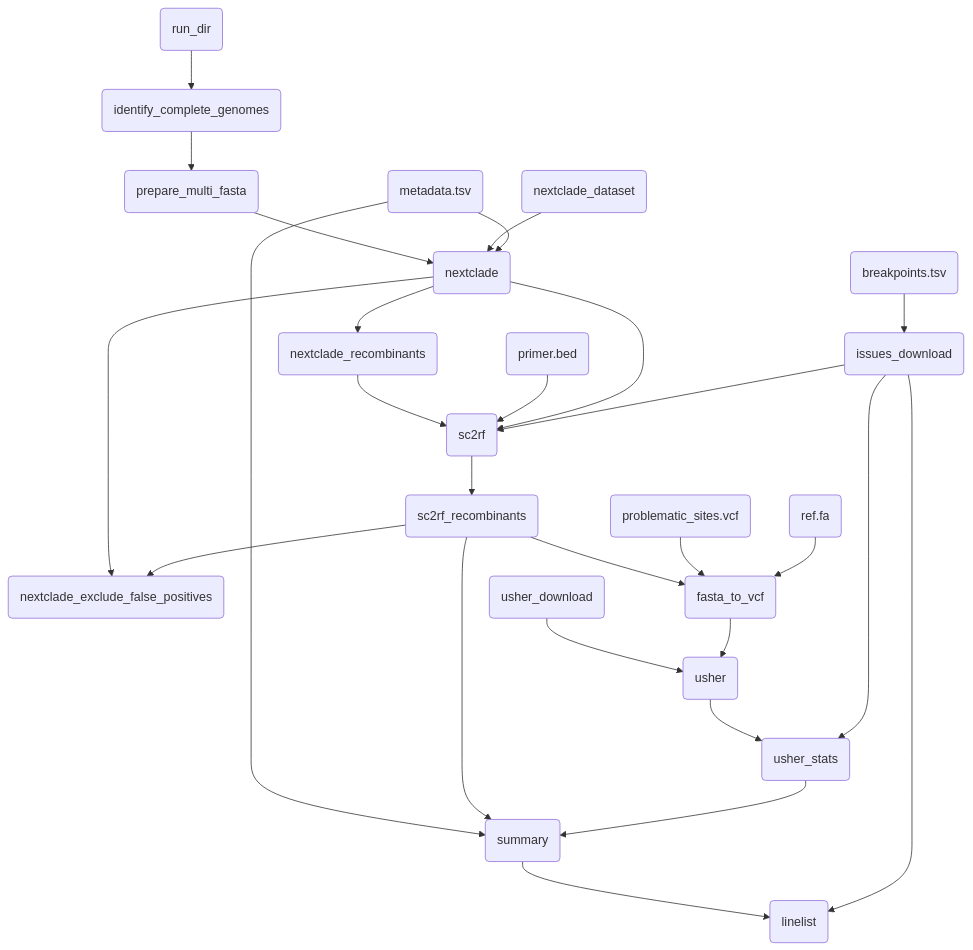
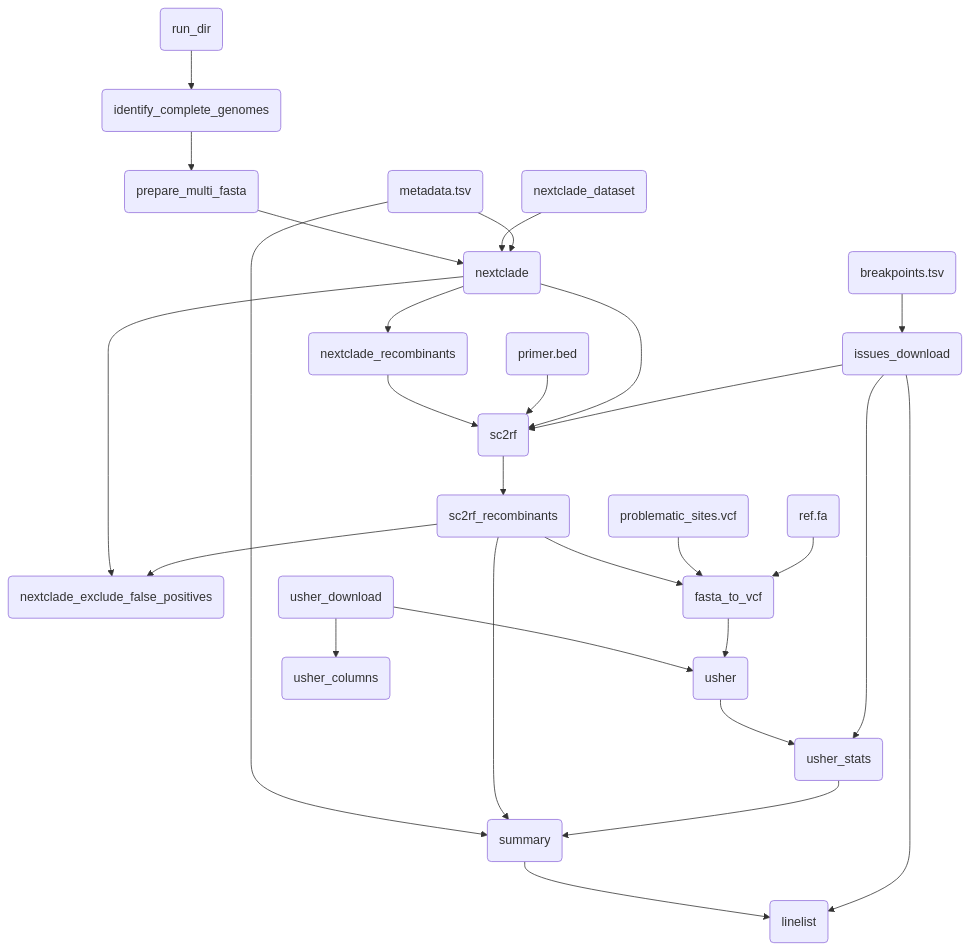
One commit to BCCDC-PHL/ncov2019-recombinant-screen changed the diagram in README.md. Above: the diagram before and after it, drawn with Mermaid. The commit also changed 6 other files, not shown here.

````diff
--- a/README.md
+++ b/README.md
@@ -9,35 +9,36 @@
 ```mermaid
 flowchart TD
   ref(ref.fa)
   primers(primer.bed)
   metadata(metadata.tsv)
   problematic_sites(problematic_sites.vcf)
   breakpoints(breakpoints.tsv)
   breakpoints(breakpoints.tsv) --> issues_download(issues_download)
   run_dir(run_dir) --> identify_complete_genomes(identify_complete_genomes)
   nextclade_dataset(nextclade_dataset)
   identify_complete_genomes(identify_complete_genomes) --> prepare_multi_fasta(prepare_multi_fasta)
   prepare_multi_fasta(prepare_multi_fasta) --> nextclade(nextclade)
   nextclade_dataset(nextclade_dataset) --> nextclade(nextclade)
   metadata(metadata.tsv) --> nextclade(nextclade)
   nextclade(nextclade) --> nextclade_recombinants(nextclade_recombinants)
   nextclade_recombinants(nextclade_recombinants) --> sc2rf(sc2rf)
   primers --> sc2rf(sc2rf)
   sc2rf(sc2rf) --> sc2rf_recombinants(sc2rf_recombinants)
   nextclade(nextclade) --> sc2rf(sc2rf)
   issues_download(issues_download) --> sc2rf(sc2rf)
   nextclade(nextclade) --> nextclade_exclude_false_positives(nextclade_exclude_false_positives)
   sc2rf_recombinants(sc2rf_recombinants) --> nextclade_exclude_false_positives(nextclade_exclude_false_positives)
   sc2rf_recombinants(sc2rf_recombinants) --> fasta_to_vcf(fasta_to_vcf)
   problematic_sites(problematic_sites.vcf) --> fasta_to_vcf(fasta_to_vcf)
   ref(ref.fa) --> fasta_to_vcf(fasta_to_vcf)
   usher_download(usher_download) --> usher(usher)
+  usher_download(usher_download) --> usher_columns(usher_columns)
   fasta_to_vcf(fasta_to_vcf) --> usher(usher)
   usher(usher) --> usher_stats(usher_stats)
   issues_download(issues_download) --> usher_stats(usher_stats)
   metadata(metadata.tsv) --> summary(summary)
   sc2rf_recombinants(sc2rf_recombinants) --> summary(summary)
   usher_stats(usher_stats) --> summary(summary)
   summary(summary) --> linelist(linelist)
   issues_download(issues_download) --> linelist(linelist)
 ```
````
